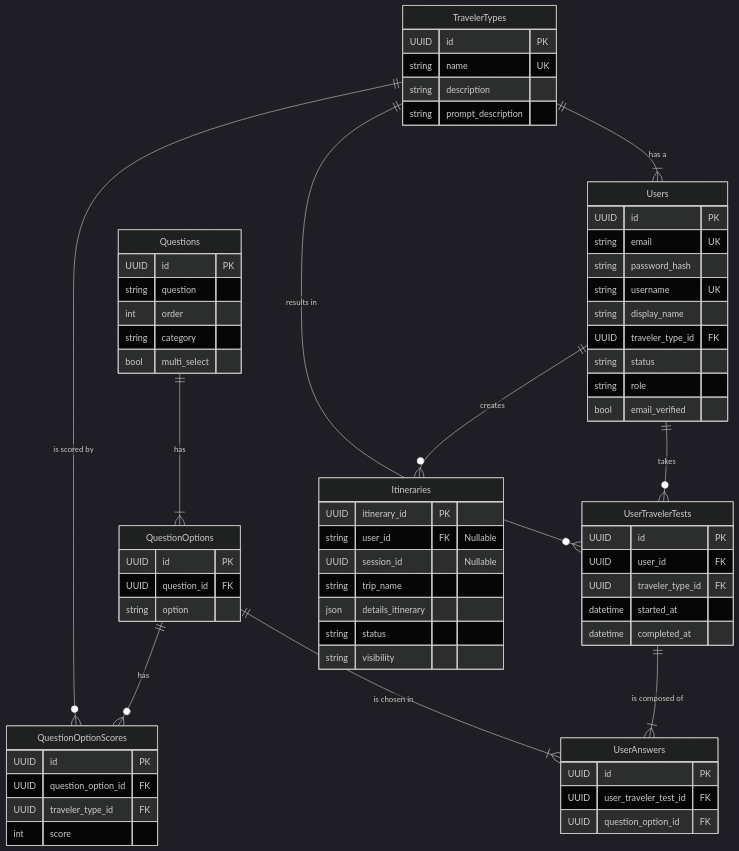
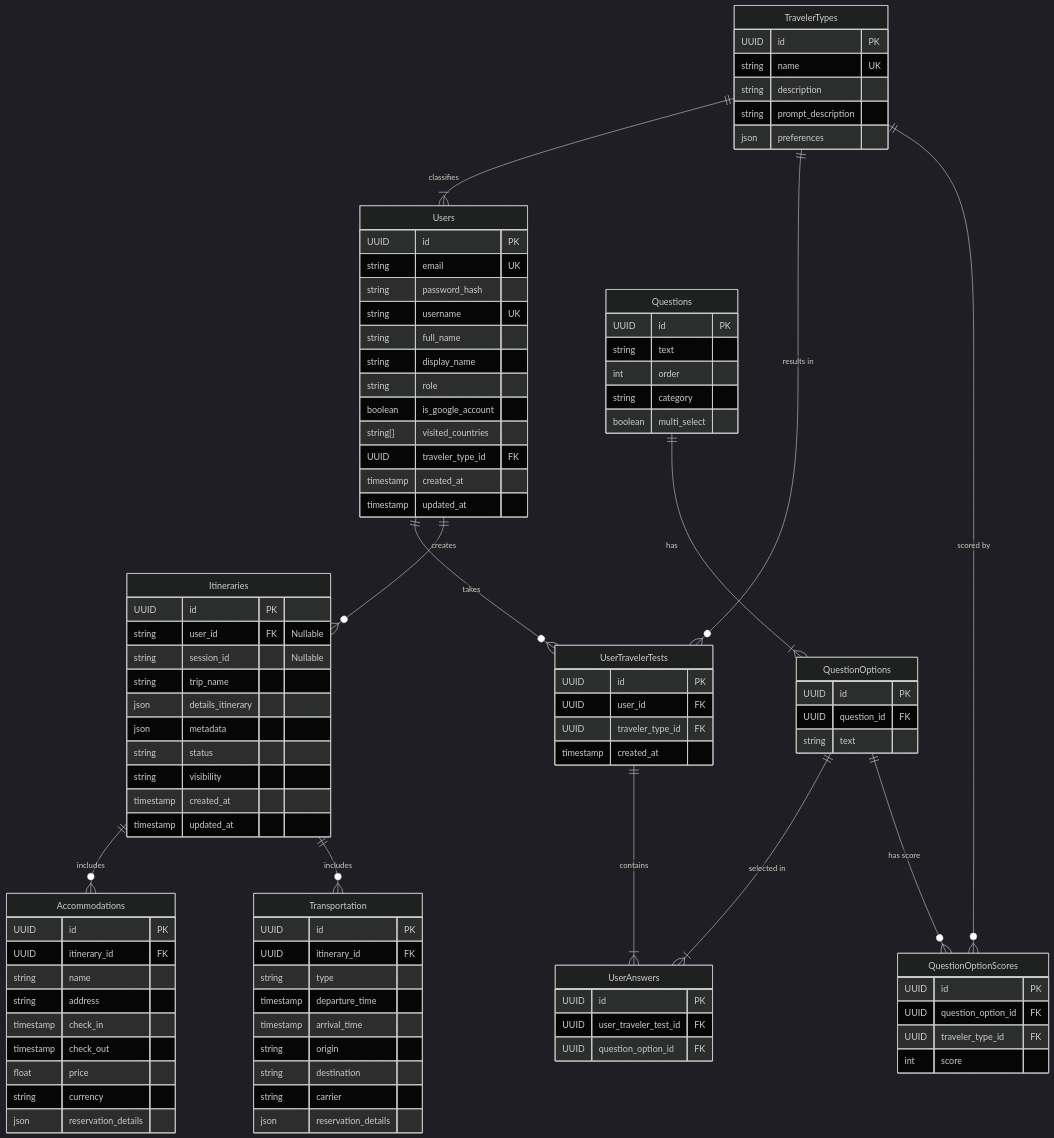
One commit to Spini03/travelkeep changed the diagram in backend/readme.md. Above: the diagram before and after it, drawn with Mermaid (dark theme). The commit also changed other lines of this file, not shown here.

Commit message:
Revise data schema in README
Updated the data schema in the README to reflect changes in the database model, including new fields and relationships.

````diff
--- a/backend/readme.md
+++ b/backend/readme.md
@@ -164,11 +166,14 @@
         string email UK
         string password_hash
         string username UK
+        string full_name
         string display_name
+        string role
+        boolean is_google_account
+        string[] visited_countries
         UUID traveler_type_id FK
-        string status
-        string role
-        bool email_verified
+        timestamp created_at
+        timestamp updated_at
     }
 
     TravelerTypes {
@@ -176,34 +181,28 @@
         string name UK
         string description
         string prompt_description
+        json preferences
     }
 
     UserTravelerTests {
         UUID id PK
         UUID user_id FK
         UUID traveler_type_id FK
-        datetime started_at
-        datetime completed_at
+        timestamp created_at
     }
 
     Questions {
         UUID id PK
-        string question
+        string text
         int order
         string category
-        bool multi_select
+        boolean multi_select
     }
 
     QuestionOptions {
         UUID id PK
         UUID question_id FK
-        string option
-    }
-
-    UserAnswers {
-        UUID id PK
-        UUID user_traveler_test_id FK
-        UUID question_option_id FK
+        string text
     }
 
     QuestionOptionScores {
@@ -213,23 +212,61 @@
         int score
     }
 
+    UserAnswers {
+        UUID id PK
+        UUID user_traveler_test_id FK
+        UUID question_option_id FK
+    }
+
     Itineraries {
-        UUID itinerary_id PK
+        UUID id PK
         string user_id FK "Nullable"
-        UUID session_id "Nullable"
+        string session_id "Nullable"
         string trip_name
         json details_itinerary
+        json metadata
         string status
         string visibility
+        timestamp created_at
+        timestamp updated_at
     }
 
+    Accommodations {
+        UUID id PK
+        UUID itinerary_id FK
+        string name
+        string address
+        timestamp check_in
+        timestamp check_out
+        float price
+        string currency
+        json reservation_details
+    }
+
+    Transportation {
+        UUID id PK
+        UUID itinerary_id FK
+        string type
+        timestamp departure_time
+        timestamp arrival_time
+        string origin
+        string destination
+        string carrier
+        json reservation_details
+    }
+
+    %% Relationships
     Users ||--o{ UserTravelerTests : "takes"
     Users ||--o{ Itineraries : "creates"
-    TravelerTypes ||--|{ Users : "has a"
+    TravelerTypes ||--|{ Users : "classifies"
     TravelerTypes ||--o{ UserTravelerTests : "results in"
-    UserTravelerTests ||--|{ UserAnswers : "is composed of"
+    
+    UserTravelerTests ||--|{ UserAnswers : "contains"
     Questions ||--|{ QuestionOptions : "has"
-    QuestionOptions ||--|{ UserAnswers : "is chosen in"
-    QuestionOptions ||--o{ QuestionOptionScores : "has"
-    TravelerTypes ||--o{ QuestionOptionScores : "is scored by"
+    QuestionOptions ||--|{ UserAnswers : "selected in"
+    QuestionOptions ||--o{ QuestionOptionScores : "has score"
+    TravelerTypes ||--o{ QuestionOptionScores : "scored by"
+
+    Itineraries ||--o{ Accommodations : "includes"
+    Itineraries ||--o{ Transportation : "includes"
 ```
````
